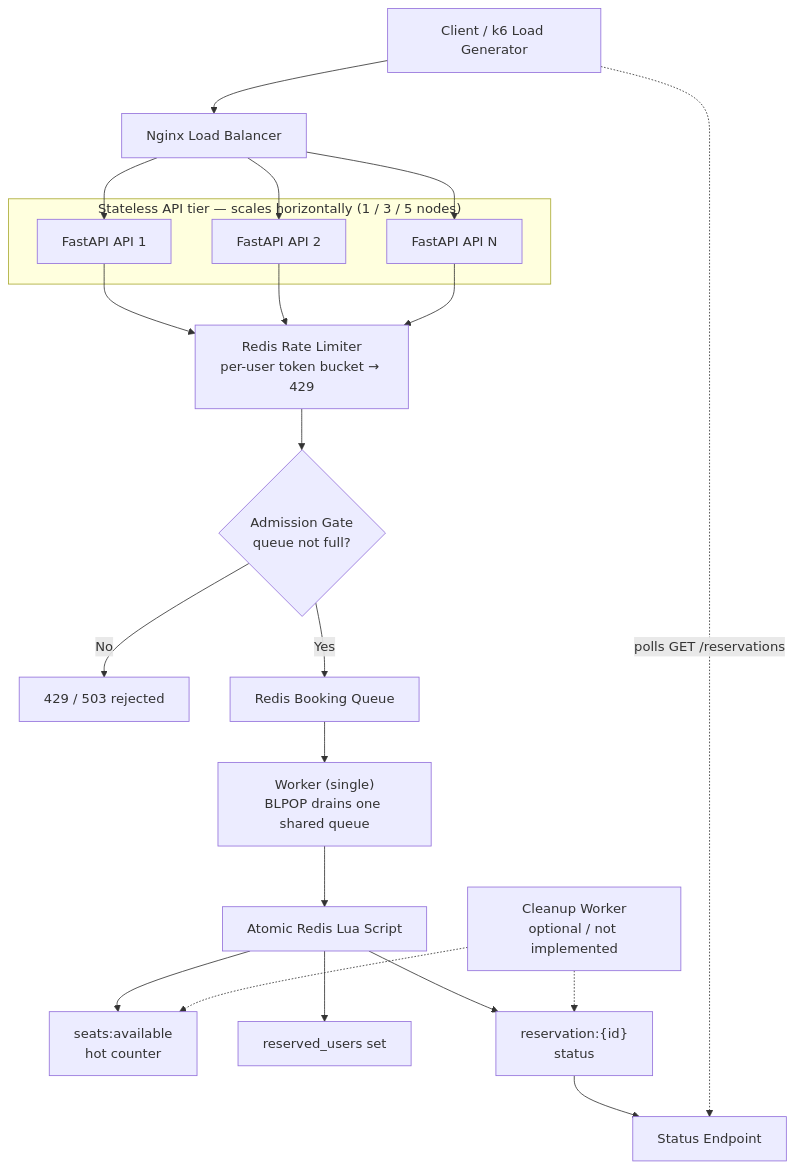
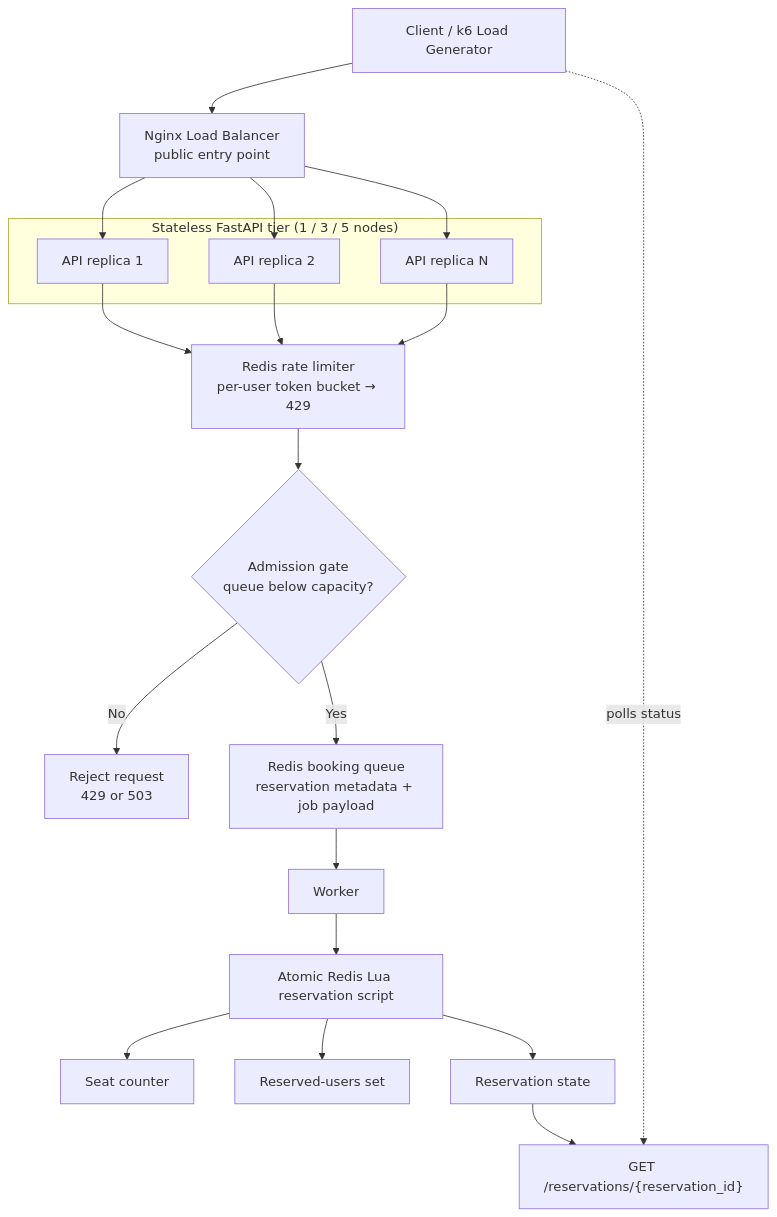
One commit to felix00112/SE3S-Assignment-Prototyping1 changed the diagram in README.md. Above: the diagram before and after it, drawn with Mermaid. The commit also changed other lines of this file, not shown here.

````diff
--- a/README.md
+++ b/README.md
@@ -129,35 +37,33 @@
 ```mermaid
 flowchart TD
-    A["Client / k6 Load Generator"] --> B["Nginx Load Balancer"]
+    client["Client / k6 Load Generator"] --> lb["Nginx Load Balancer<br/>public entry point"]
 
-    subgraph APITIER["Stateless API tier — scales horizontally (1 / 3 / 5 nodes)"]
-        C1["FastAPI API 1"]
-        C2["FastAPI API 2"]
-        C3["FastAPI API N"]
+    subgraph api_tier["Stateless FastAPI tier (1 / 3 / 5 nodes)"]
+        api1["API replica 1"]
+        api2["API replica 2"]
+        apiN["API replica N"]
     end
 
-    B --> C1
-    B --> C2
-    B --> C3
+    lb --> api1
+    lb --> api2
+    lb --> apiN
 
-    C1 --> D["Redis Rate Limiter<br/>per-user token bucket → 429"]
-    C2 --> D
-    C3 --> D
+    api1 --> rl["Redis rate limiter<br/>per-user token bucket → 429"]
+    api2 --> rl
+    apiN --> rl
 
-    D --> E{"Admission Gate<br/>queue not full?"}
-    E -- "No" --> F["429 / 503 rejected"]
-    E -- "Yes" --> G["Redis Booking Queue"]
+    rl --> gate{"Admission gate<br/>queue below capacity?"}
+    gate -- "No" --> reject["Reject request<br/>429 or 503"]
+    gate -- "Yes" --> queue["Redis booking queue<br/>reservation metadata + job payload"]
 
-    G --> H["Worker (single)<br/>BLPOP drains one shared queue"]
-    H --> I["Atomic Redis Lua Script"]
+    queue --> worker["Worker"]
+    worker --> lua["Atomic Redis Lua reservation script"]
 
-    I --> J["seats:available<br/>hot counter"]
-    I --> K["reserved_users set"]
-    I --> L["reservation:{id}<br/>status"]
+    lua --> seats["Seat counter"]
+    lua --> users["Reserved-users set"]
+    lua --> state["Reservation state"]
 
-    M["Cleanup Worker<br/>optional / not implemented"] -.-> L
-    M -.-> J
+    state --> status["GET /reservations/{reservation_id}"]
+    client -.->|"polls status"| status
 
-    L --> N["Status Endpoint"]
-    A -.->|"polls GET /reservations"| N
 ```
````
